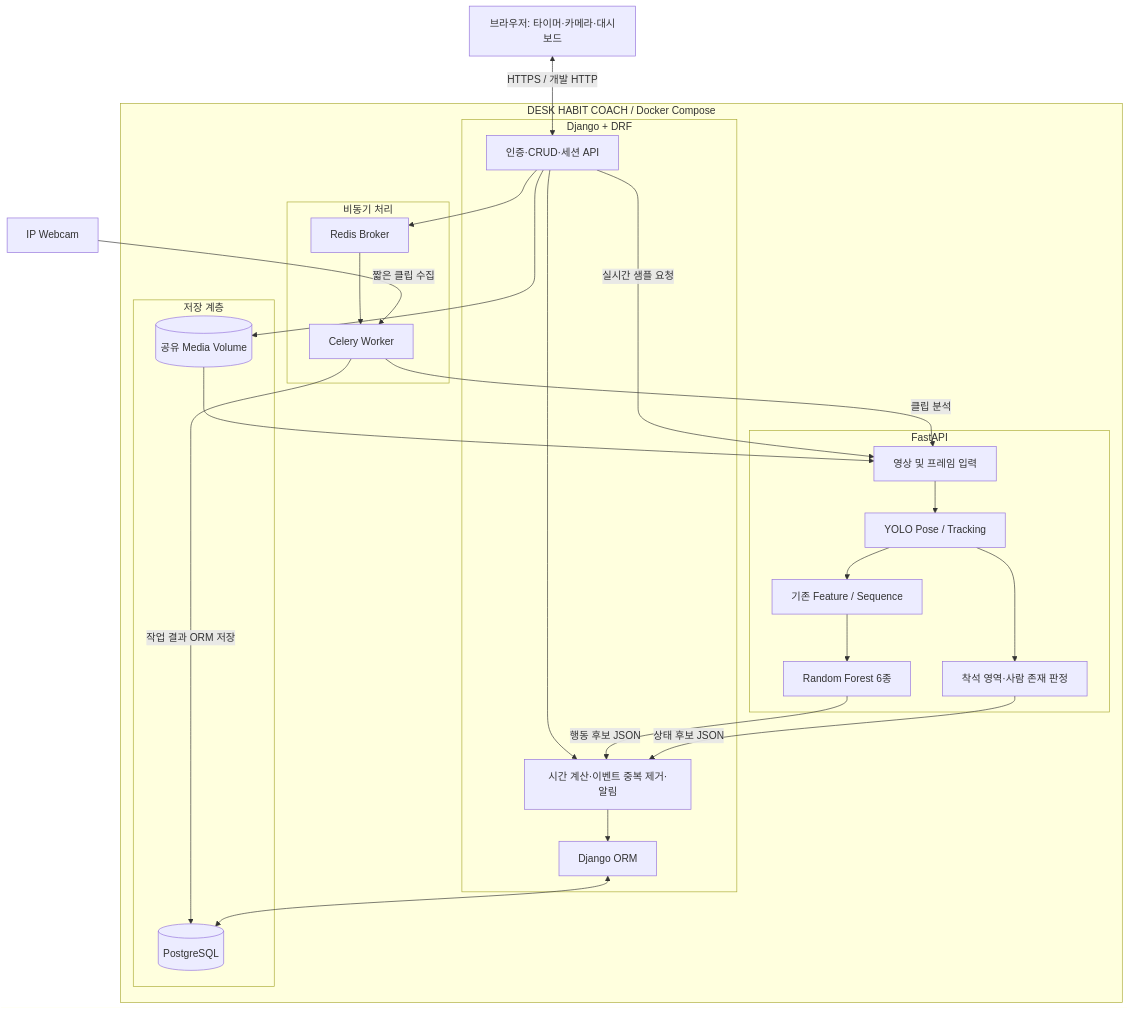
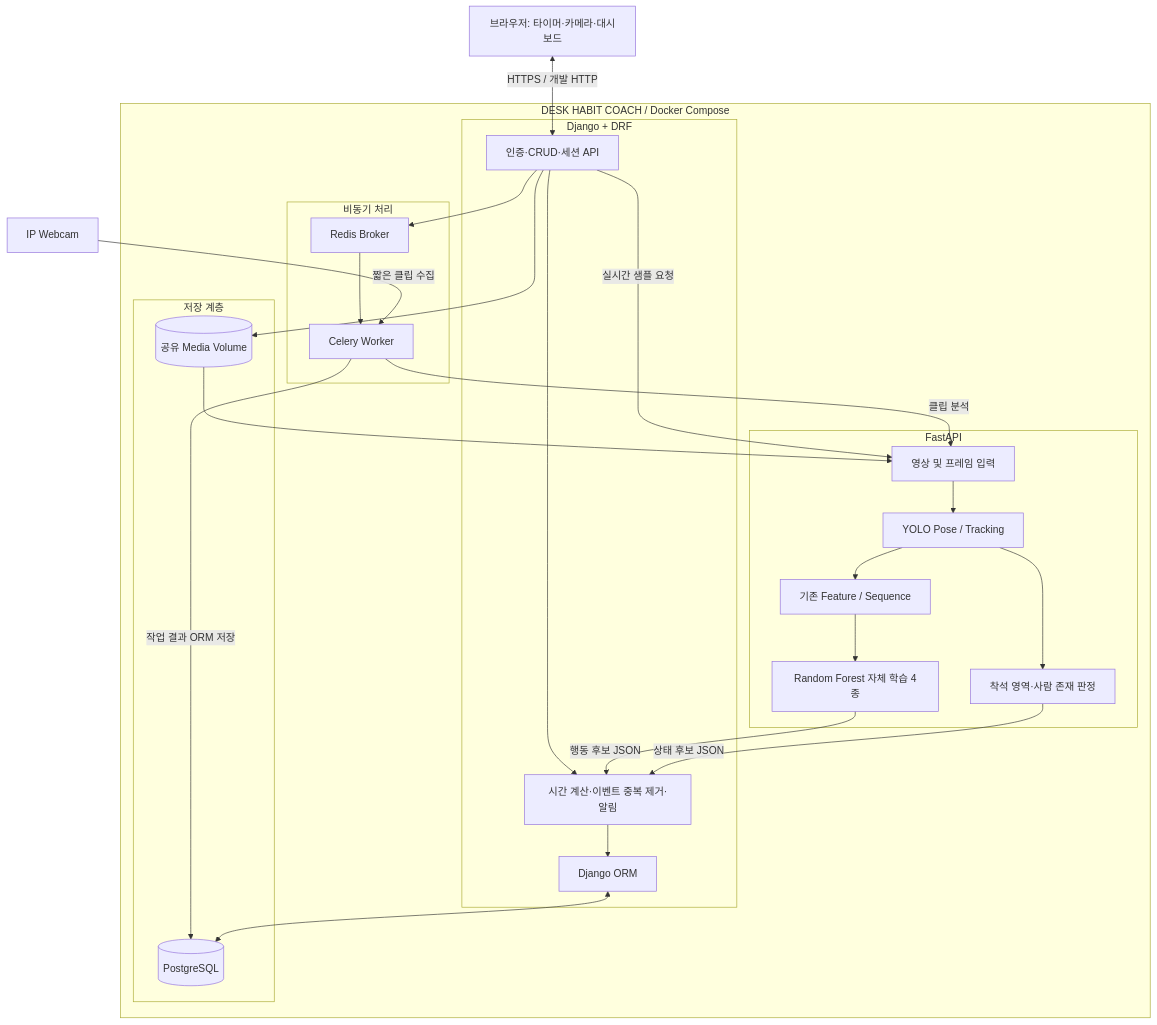
The first of 10 diagrams in docs/DEVELOPMENT_PLAN.md (HanaPark-lab/desk-habit-coach), drawn with Mermaid before and after one commit. The commit also changed other lines of this file and 21 other files, not shown here.

Commit message:
docs: update project documentation and architecture diagrams

````diff
--- a/docs/DEVELOPMENT_PLAN.md
+++ b/docs/DEVELOPMENT_PLAN.md
@@ -54,40 +56,40 @@
 ```mermaid
 flowchart TB
  B[브라우저: 타이머·카메라·대시보드]
  IP[IP Webcam]
  subgraph SYS[DESK HABIT COACH / Docker Compose]
   subgraph WEB[Django + DRF]
    API[인증·CRUD·세션 API]
    ENG[시간 계산·이벤트 중복 제거·알림]
    ORM[Django ORM]
    API --> ENG --> ORM
   end
   subgraph ASYNC[비동기 처리]
    R[Redis Broker] --> C[Celery Worker]
   end
   subgraph AI[FastAPI]
    V[영상 및 프레임 입력]
    Y[YOLO Pose / Tracking]
    F[기존 Feature / Sequence]
-   RF[Random Forest 6종]
+   RF[Random Forest 자체 학습 4종]
    P[착석 영역·사람 존재 판정]
    V --> Y --> F --> RF
    Y --> P
   end
   subgraph STORAGE[저장 계층]
    DB[(PostgreSQL)]
    M[(공유 Media Volume)]
   end
   API --> R
   API --> M
   C -->|클립 분석| V
   M --> V
   C -->|작업 결과 ORM 저장| DB
   API -->|실시간 샘플 요청| V
   RF -->|행동 후보 JSON| ENG
   P -->|상태 후보 JSON| ENG
   ORM <--> DB
  end
  B <-->|HTTPS / 개발 HTTP| API
  IP -->|짧은 클립 수집| C
 ```
````
